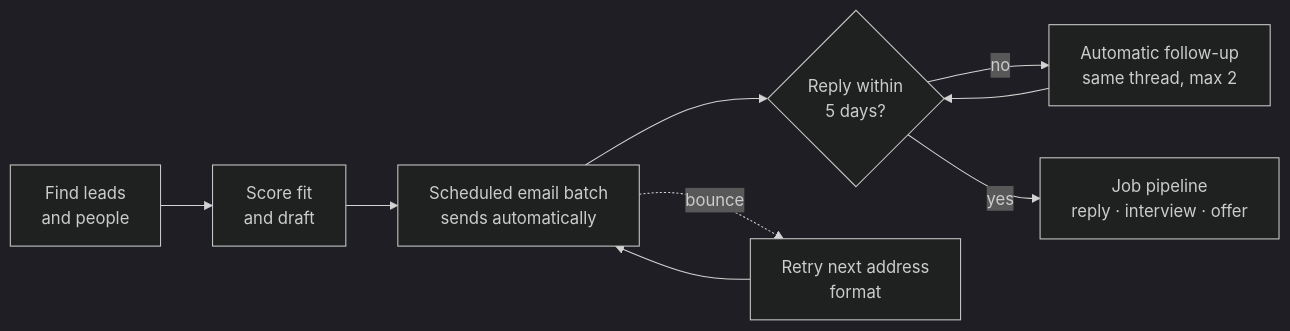
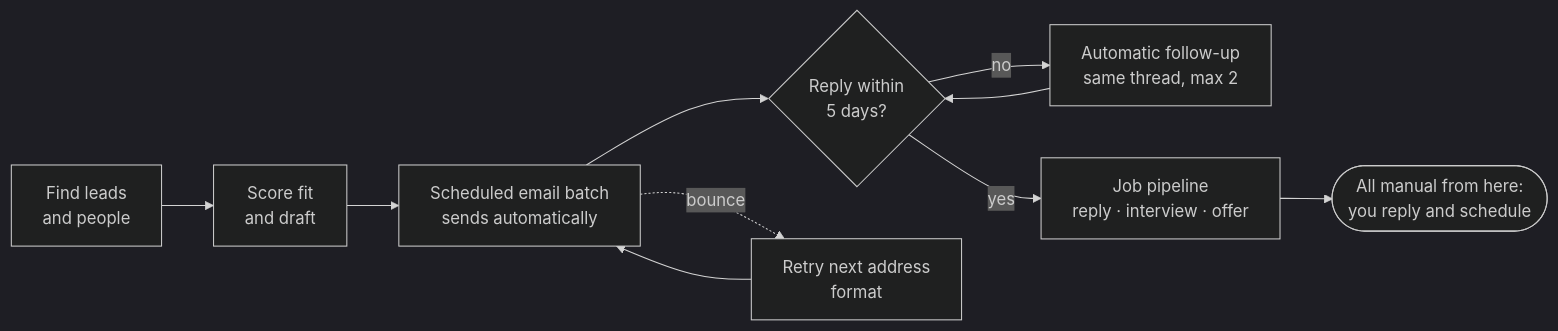
The first of 3 diagrams in README.md (aaravhmodi/intern-agent), drawn with Mermaid (dark theme) before and after one commit. The commit also changed other lines of this file, not shown here.

Commit message:
README: 350+ sent in a single day; show the manual hand-off in the diagrams

````diff
--- a/README.md
+++ b/README.md
@@ -106,11 +107,12 @@
 ```mermaid
 flowchart LR
   FIND[Find leads<br/>and people] --> SCORE[Score fit<br/>and draft]
   SCORE --> BATCH[Scheduled email batch<br/>sends automatically]
   BATCH --> WAIT{Reply within<br/>5 days?}
   WAIT -->|no| FU[Automatic follow-up<br/>same thread, max 2]
   FU --> WAIT
   WAIT -->|yes| PIPE[Job pipeline<br/>reply · interview · offer]
+  PIPE --> MANUAL([All manual from here:<br/>you reply and schedule])
   BATCH -.->|bounce| RETRY[Retry next address<br/>format]
   RETRY --> BATCH
 ```
````
